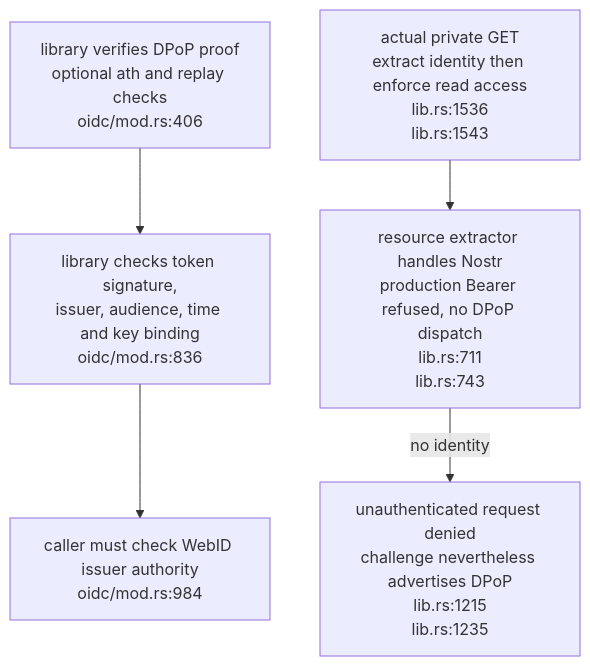
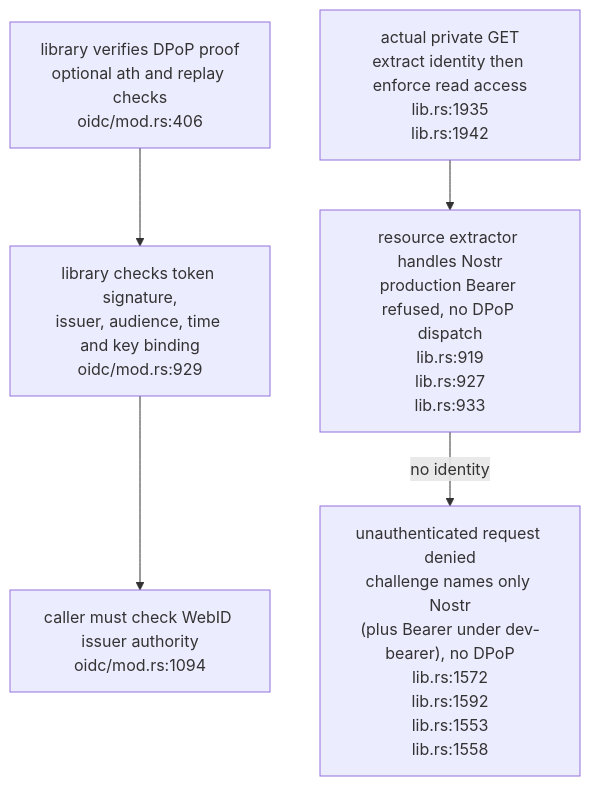
One commit to DreamLab-AI/VisionFlow changed the second of 2 diagrams in docs/diagrams/solid-pod-rs/12-oidc-admission-and-fetching.md. Above: the diagram before and after it, drawn with Mermaid. The commit also changed other lines of this file and 2 other files, not shown here.

First line of the commit message:
docs(diagrams): SP-05, SP-11, SP-12 re-verified at solid-pod-rs a28a748

````diff
--- a/docs/diagrams/solid-pod-rs/12-oidc-admission-and-fetching.md
+++ b/docs/diagrams/solid-pod-rs/12-oidc-admission-and-fetching.md
@@ -40,11 +40,11 @@
 ```mermaid
 flowchart TD
     PROOF["library verifies DPoP proof<br/>optional ath and replay checks<br/>oidc/mod.rs:406"]
-    TOKEN["library checks token signature,<br/>issuer, audience, time and key binding<br/>oidc/mod.rs:836"]
-    PROFILE["caller must check WebID issuer authority<br/>oidc/mod.rs:984"]
-    GET["actual private GET<br/>extract identity then enforce read access<br/>lib.rs:1536<br/>lib.rs:1543"]
-    AUTH["resource extractor handles Nostr<br/>production Bearer refused, no DPoP dispatch<br/>lib.rs:711<br/>lib.rs:743"]
-    DENY["unauthenticated request denied<br/>challenge nevertheless advertises DPoP<br/>lib.rs:1215<br/>lib.rs:1235"]
+    TOKEN["library checks token signature,<br/>issuer, audience, time and key binding<br/>oidc/mod.rs:929"]
+    PROFILE["caller must check WebID issuer authority<br/>oidc/mod.rs:1094"]
+    GET["actual private GET<br/>extract identity then enforce read access<br/>lib.rs:1935<br/>lib.rs:1942"]
+    AUTH["resource extractor handles Nostr<br/>production Bearer refused, no DPoP dispatch<br/>lib.rs:919<br/>lib.rs:927<br/>lib.rs:933"]
+    DENY["unauthenticated request denied<br/>challenge names only Nostr<br/>(plus Bearer under dev-bearer), no DPoP<br/>lib.rs:1572<br/>lib.rs:1592<br/>lib.rs:1553<br/>lib.rs:1558"]
     PROOF --> TOKEN --> PROFILE
     GET --> AUTH -->|no identity| DENY
 ```
````
